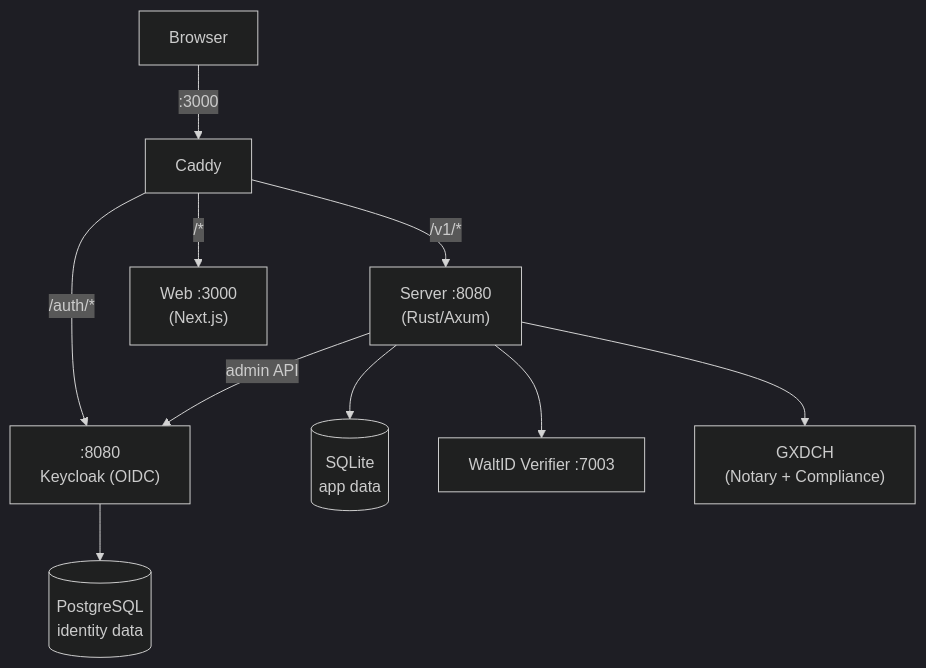
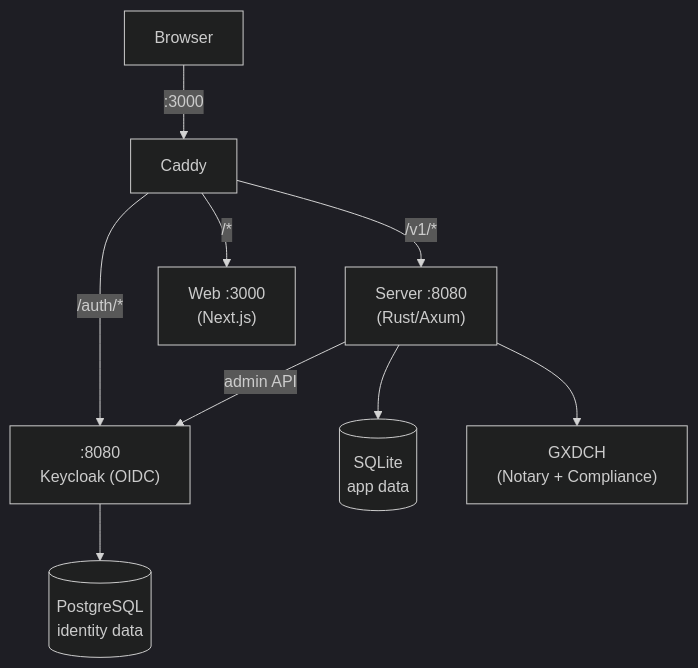
The diagram in README.md (Kanzo-Tech/keasy), drawn with Mermaid (dark theme) before and after one commit. The commit also changed other lines of this file and 2 other files, not shown here.

First line of the commit message:
refactor: remove remaining walt.id wallet/issuer/verifier references

````diff
--- a/README.md
+++ b/README.md
@@ -70,15 +70,14 @@
 ```mermaid
 graph TD
     Browser -->|":3000"| Caddy
 
     Caddy -->|"/v1/*"| Server["Server :8080<br/>(Rust/Axum)"]
     Caddy -->|"/auth/*"| Keycloak[":8080<br/>Keycloak (OIDC)"]
     Caddy -->|"/*"| Web["Web :3000<br/>(Next.js)"]
 
     Server --> SQLite[(SQLite<br/>app data)]
     Server -->|"admin API"| Keycloak
-    Server --> WaltID["WaltID Verifier :7003"]
     Server --> GXDCH["GXDCH<br/>(Notary + Compliance)"]
 
     Keycloak --> PostgreSQL[(PostgreSQL<br/>identity data)]
 ```
````
